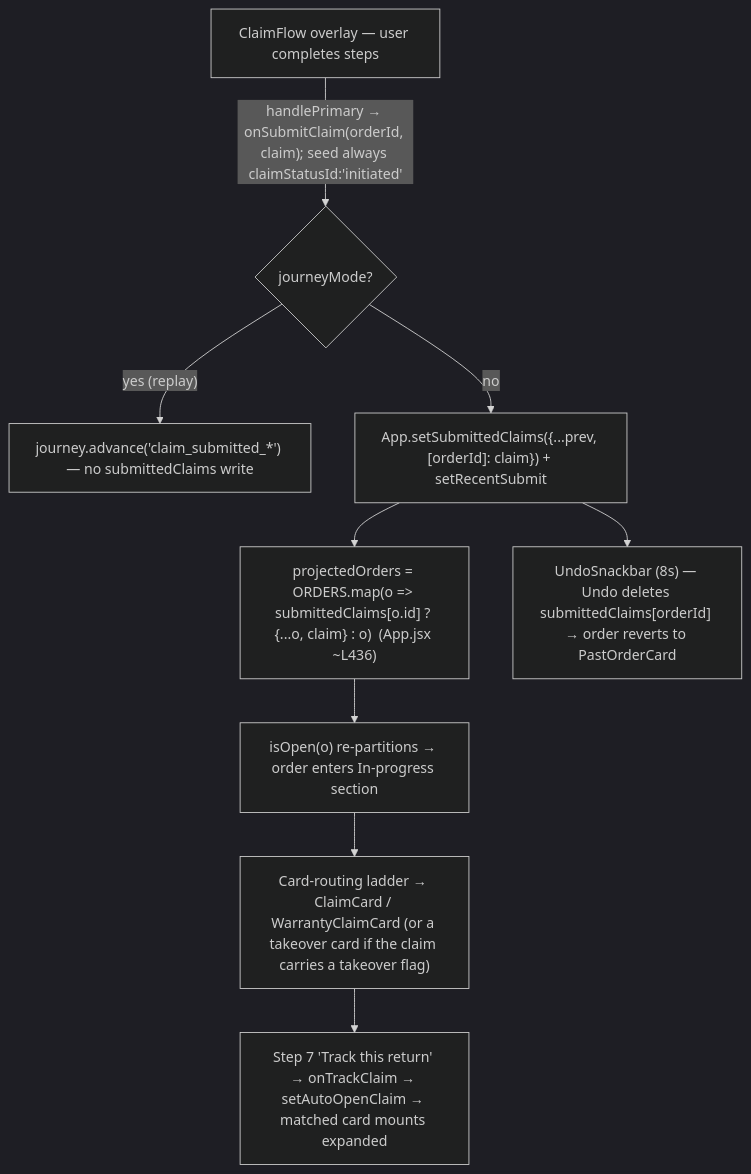
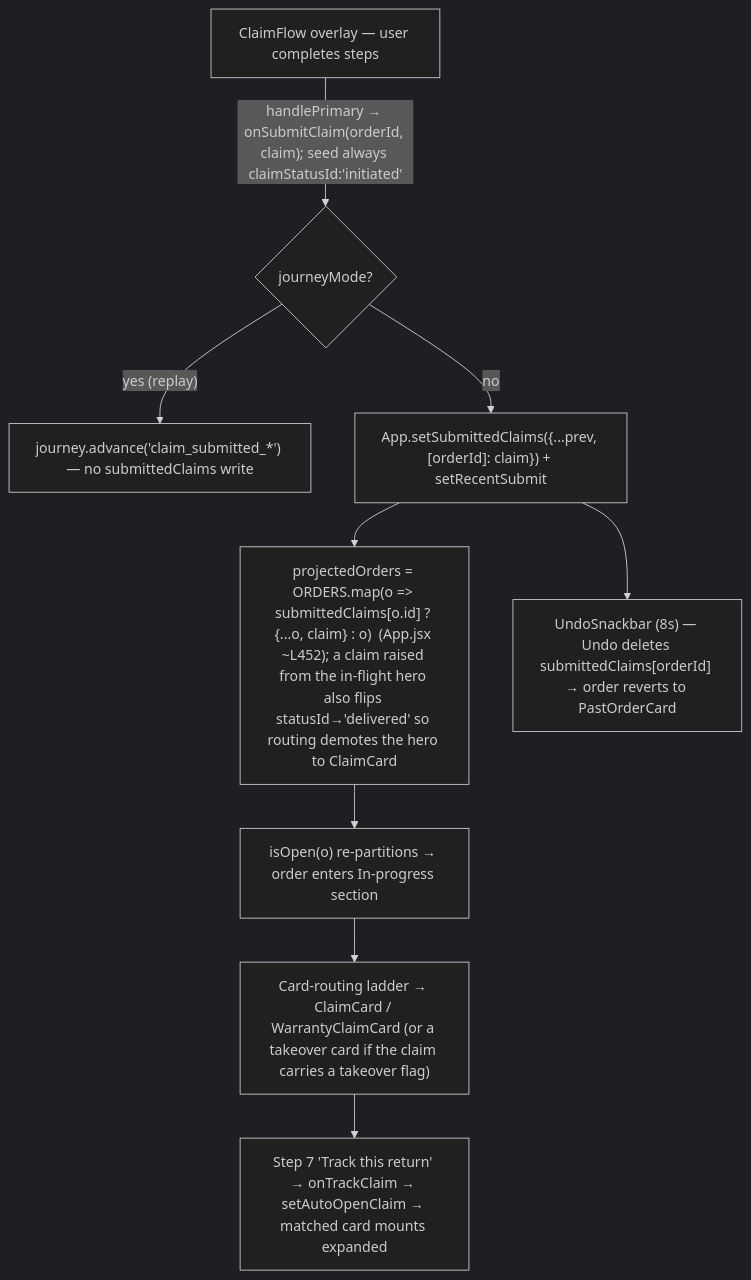
One commit to andrea-revibe/my-account-redesign-v2 changed the third of 3 diagrams in docs/output/diagrams.md. Above: the diagram before and after it, drawn with Mermaid (dark theme). The commit also changed other lines of this file and 12 other files, not shown here.

````diff
--- a/docs/output/diagrams.md
+++ b/docs/output/diagrams.md
@@ -110,11 +112,11 @@
 ```mermaid
 flowchart TD
   A["ClaimFlow overlay — user completes steps"] -->|"handlePrimary → onSubmitClaim(orderId, claim); seed always claimStatusId:'initiated'"| B{"journeyMode?"}
   B -- "yes (replay)" --> J["journey.advance('claim_submitted_*') — no submittedClaims write"]
   B -- "no" --> C["App.setSubmittedClaims({...prev, [orderId]: claim}) + setRecentSubmit"]
-  C --> D["projectedOrders = ORDERS.map(o => submittedClaims[o.id] ? {...o, claim} : o)  (App.jsx ~L436)"]
+  C --> D["projectedOrders = ORDERS.map(o => submittedClaims[o.id] ? {...o, claim} : o)  (App.jsx ~L452); a claim raised from the in-flight hero also flips statusId→'delivered' so routing demotes the hero to ClaimCard"]
   D --> E["isOpen(o) re-partitions → order enters In-progress section"]
   E --> F["Card-routing ladder → ClaimCard / WarrantyClaimCard (or a takeover card if the claim carries a takeover flag)"]
   C --> G["UndoSnackbar (8s) — Undo deletes submittedClaims[orderId] → order reverts to PastOrderCard"]
   F --> H["Step 7 'Track this return' → onTrackClaim → setAutoOpenClaim → matched card mounts expanded"]
 ```
````
